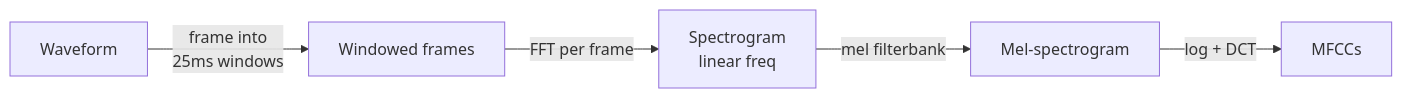
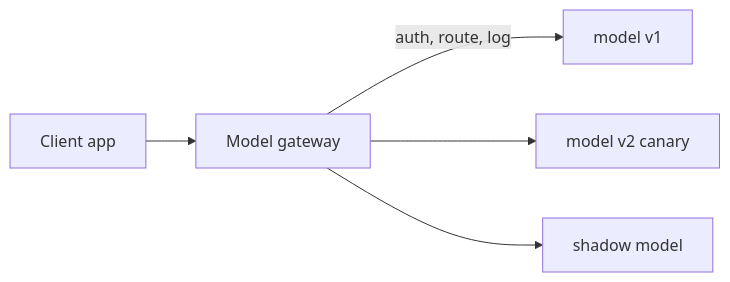
The third of 10 diagrams in ai-ml-encyclopedia/ch29.qmd (kader-xai/kader-xai.github.io), drawn with Mermaid before and after one commit. The commit also changed other lines of this file and 47 other files, not shown here.

````diff
--- a/ai-ml-encyclopedia/ch29.qmd
+++ b/ai-ml-encyclopedia/ch29.qmd
@@ -119,7 +163,7 @@
 ```{mermaid}
 flowchart LR
-  A[Waveform] -->|frame into<br/>25ms windows| B[Windowed frames]
-  B -->|FFT per frame| C[Spectrogram<br/>linear freq]
-  C -->|mel filterbank| D[Mel-spectrogram]
-  D -->|log + DCT| E[MFCCs]
+  C[Client app] --> G[Model gateway]
+  G -->|auth, route, log| V1[model v1]
+  G --> V2[model v2 canary]
+  G --> Sh[shadow model]
 ```
````
